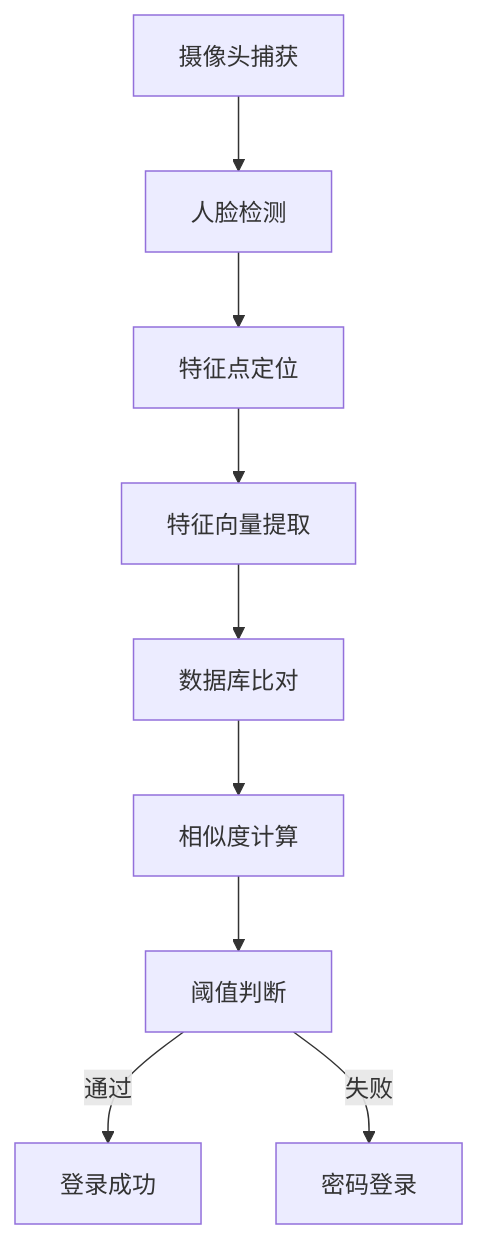
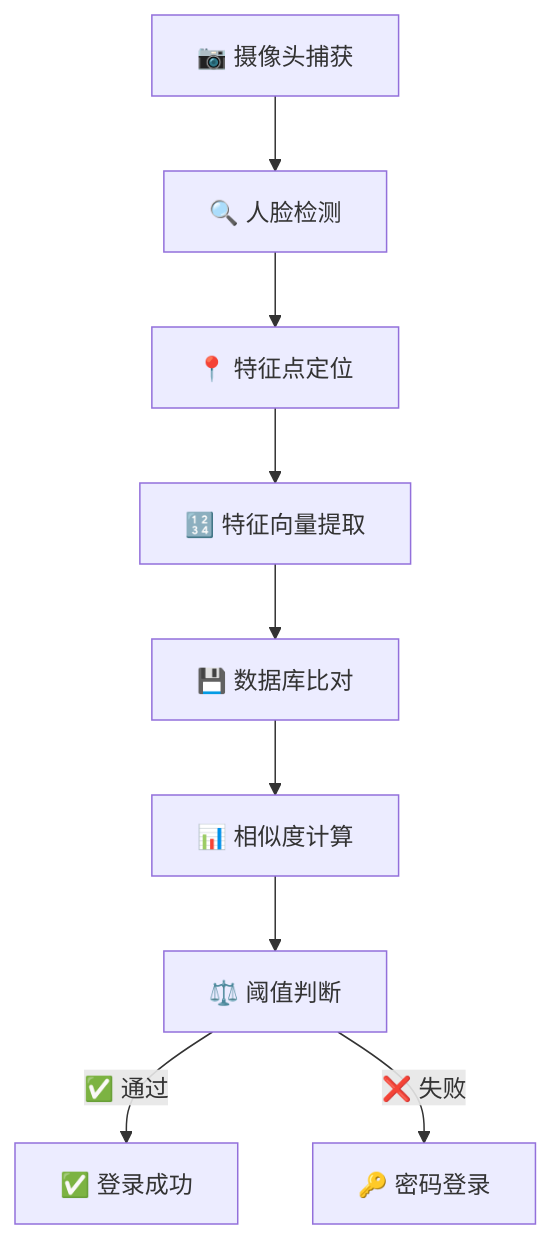
One commit to simonpek88/GRU-PA changed the diagram in operation_manual.md. Above: the diagram before and after it, drawn with Mermaid. The commit also changed other lines of this file, not shown here.

````diff
--- a/operation_manual.md
+++ b/operation_manual.md
@@ -522,11 +522,12 @@
 ```mermaid
 graph TD
-    A[摄像头捕获] --> B[人脸检测]
-    B --> C[特征点定位]
-    C --> D[特征向量提取]
-    D --> E[数据库比对]
-    E --> F[相似度计算]
-    F --> G[阈值判断]
-    G -->|通过| H[登录成功]
-    G -->|失败| I[密码登录]
+    A[📷 摄像头捕获] --> B[🔍 人脸检测]
+    B --> C[📍 特征点定位]
+    C --> D[🔢 特征向量提取]
+    D --> E[💾 数据库比对]
+    E --> F[📊 相似度计算]
+    F --> G[⚖️ 阈值判断]
+    G -->|✅ 通过| H[✅ 登录成功]
+    G -->|❌ 失败| I[🔑 密码登录]
+
 ```
````
